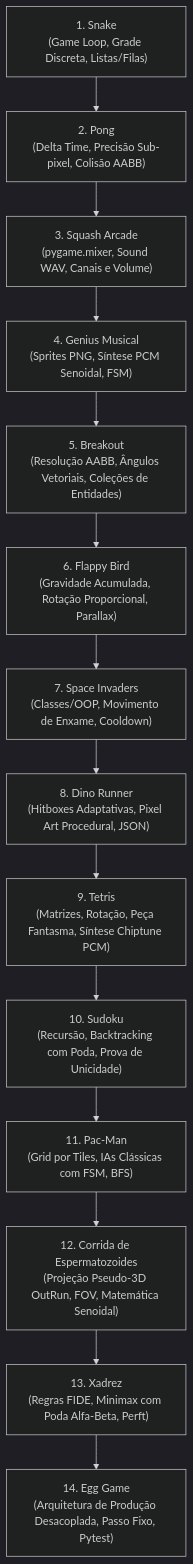
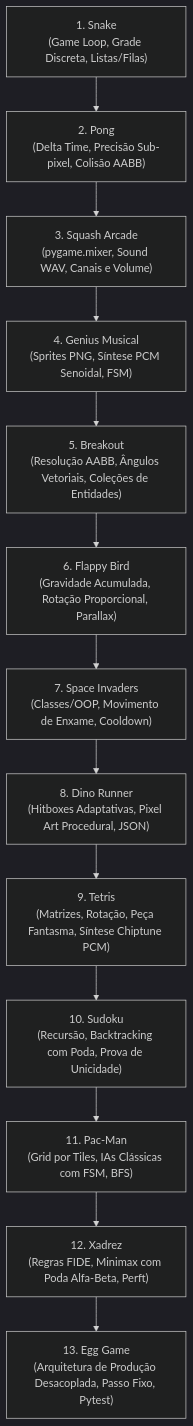
Before and after one commit to elzobrito/jogos-python: the diagram in README.md, drawn with Mermaid (dark theme). The commit also changed other lines of this file and 5 other files, not shown here.

Commit message:
Remove Corrida de Espermatozoides da coleção

````diff
--- a/README.md
+++ b/README.md
@@ -568,16 +531,15 @@
 ```mermaid
 flowchart TD
     A["1. Snake<br/>(Game Loop, Grade Discreta, Listas/Filas)"] --> B["2. Pong<br/>(Delta Time, Precisão Sub-pixel, Colisão AABB)"]
     B --> C["3. Squash Arcade<br/>(pygame.mixer, Sound WAV, Canais e Volume)"]
     C --> D["4. Genius Musical<br/>(Sprites PNG, Síntese PCM Senoidal, FSM)"]
     D --> E["5. Breakout<br/>(Resolução AABB, Ângulos Vetoriais, Coleções de Entidades)"]
     E --> F["6. Flappy Bird<br/>(Gravidade Acumulada, Rotação Proporcional, Parallax)"]
     F --> G["7. Space Invaders<br/>(Classes/OOP, Movimento de Enxame, Cooldown)"]
     G --> H["8. Dino Runner<br/>(Hitboxes Adaptativas, Pixel Art Procedural, JSON)"]
     H --> I["9. Tetris<br/>(Matrizes, Rotação, Peça Fantasma, Síntese Chiptune PCM)"]
     I --> J["10. Sudoku<br/>(Recursão, Backtracking com Poda, Prova de Unicidade)"]
     J --> K["11. Pac-Man<br/>(Grid por Tiles, IAs Clássicas com FSM, BFS)"]
-    K --> L["12. Corrida de Espermatozoides<br/>(Projeção Pseudo-3D OutRun, FOV, Matemática Senoidal)"]
-    L --> M["13. Xadrez<br/>(Regras FIDE, Minimax com Poda Alfa-Beta, Perft)"]
-    M --> N["14. Egg Game<br/>(Arquitetura de Produção Desacoplada, Passo Fixo, Pytest)"]
+    K --> L["12. Xadrez<br/>(Regras FIDE, Minimax com Poda Alfa-Beta, Perft)"]
+    L --> M["13. Egg Game<br/>(Arquitetura de Produção Desacoplada, Passo Fixo, Pytest)"]
 ```
````
